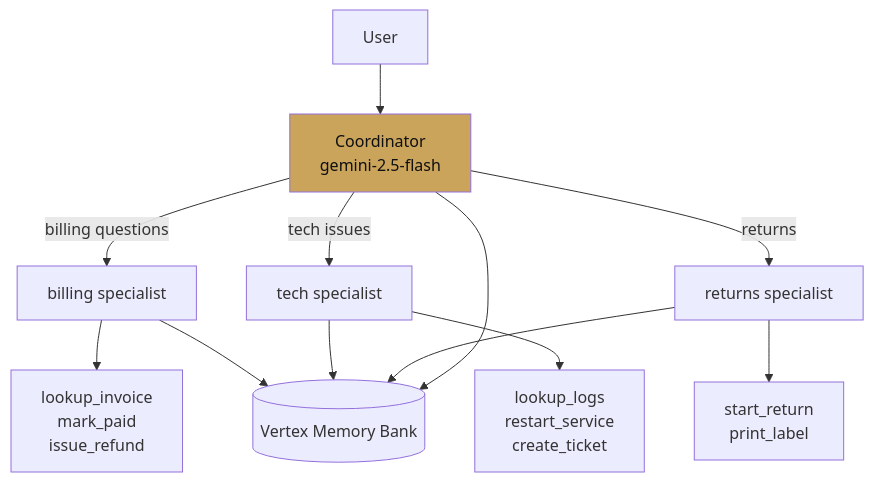
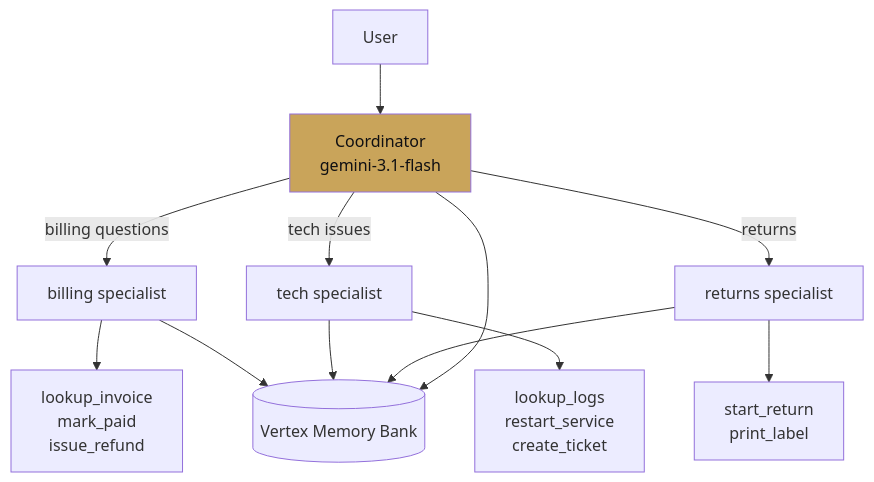
One commit to vmishra/Google-ADK-Cookbook changed the diagram in docs/18-case-studies/support-triage.md. Above: the diagram before and after it, drawn with Mermaid. The commit also changed other lines of this file and 35 other files, not shown here.

````diff
--- a/docs/18-case-studies/support-triage.md
+++ b/docs/18-case-studies/support-triage.md
@@ -13,13 +13,13 @@
 ```mermaid
 flowchart TB
-  U[User] --> C[Coordinator<br/>gemini-2.5-flash]
+  U[User] --> C[Coordinator<br/>gemini-3.1-flash]
   C -->|billing questions| B[billing specialist]
   C -->|tech issues| T[tech specialist]
   C -->|returns| R[returns specialist]
   B --> Tools1[lookup_invoice<br/>mark_paid<br/>issue_refund]
   T --> Tools2[lookup_logs<br/>restart_service<br/>create_ticket]
   R --> Tools3[start_return<br/>print_label]
   B & T & R --> MB[(Vertex Memory Bank)]
   C --> MB
   style C fill:#c9a45a,color:#0f0f12
 ```
````
